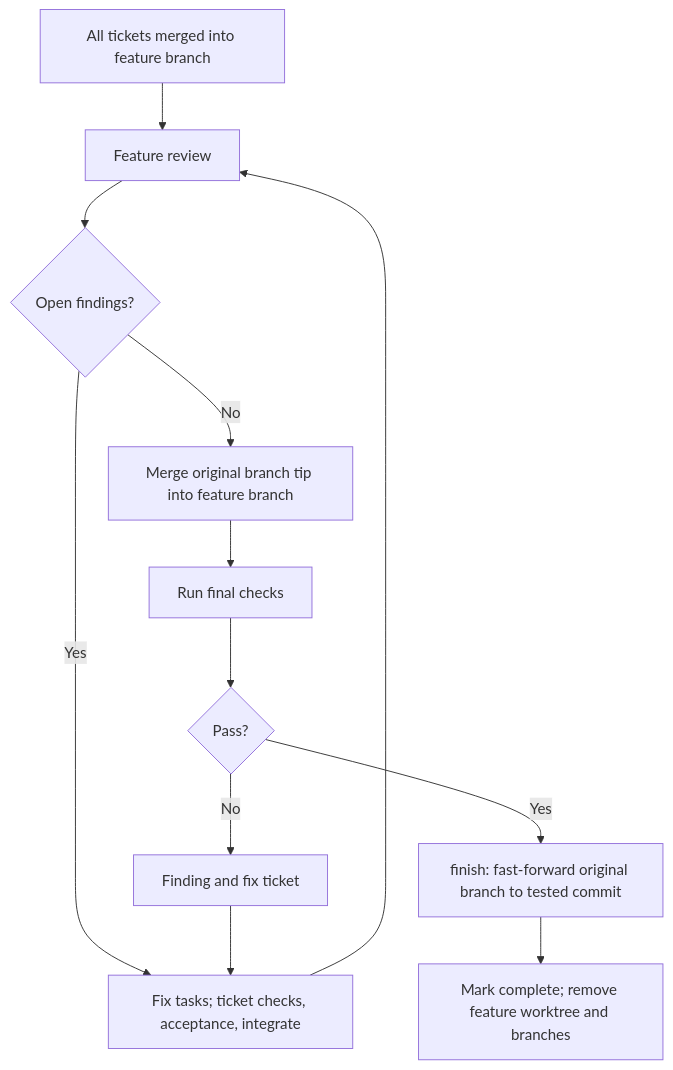
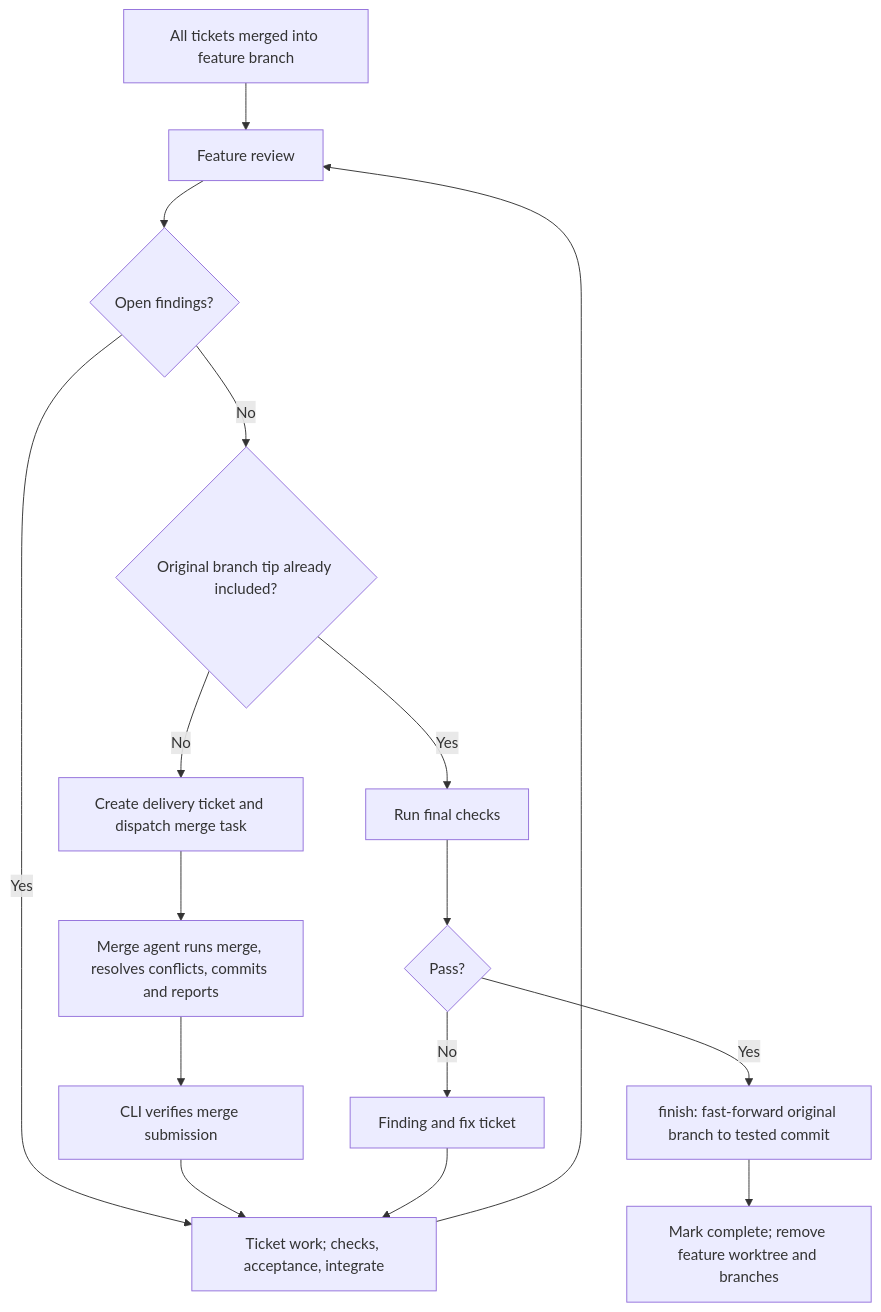
One commit to UseTheFork/spindle changed the seventh of 7 diagrams in SDD-WORKFLOWS.md. Above: the diagram before and after it, drawn with Mermaid. The commit also changed other lines of this file, not shown here.

Commit message:
feat: clarify task submission and review process in SDD workflows

````diff
--- a/SDD-WORKFLOWS.md
+++ b/SDD-WORKFLOWS.md
@@ -454,14 +487,18 @@
 ```mermaid
 flowchart TD
     A["All tickets merged into feature branch"] --> B["Feature review"]
     B --> C{"Open findings?"}
-    C -->|"Yes"| D["Fix tasks; ticket checks, acceptance, integrate"]
+    C -->|"Yes"| D["Ticket work; checks, acceptance, integrate"]
     D --> B
-    C -->|"No"| E["Merge original branch tip into feature branch"]
-    E --> F["Run final checks"]
+    C -->|"No"| E{"Original branch tip already included?"}
+    E -->|"No"| M["Create delivery ticket and dispatch merge task"]
+    M --> N["Merge agent runs merge, resolves conflicts, commits and reports"]
+    N --> O["CLI verifies merge submission"]
+    O --> D
+    E -->|"Yes"| F["Run final checks"]
     F --> G{"Pass?"}
     G -->|"No"| H["Finding and fix ticket"]
     H --> D
     G -->|"Yes"| I["finish: fast-forward original branch to tested commit"]
     I --> J["Mark complete; remove feature worktree and branches"]
 ```
````
